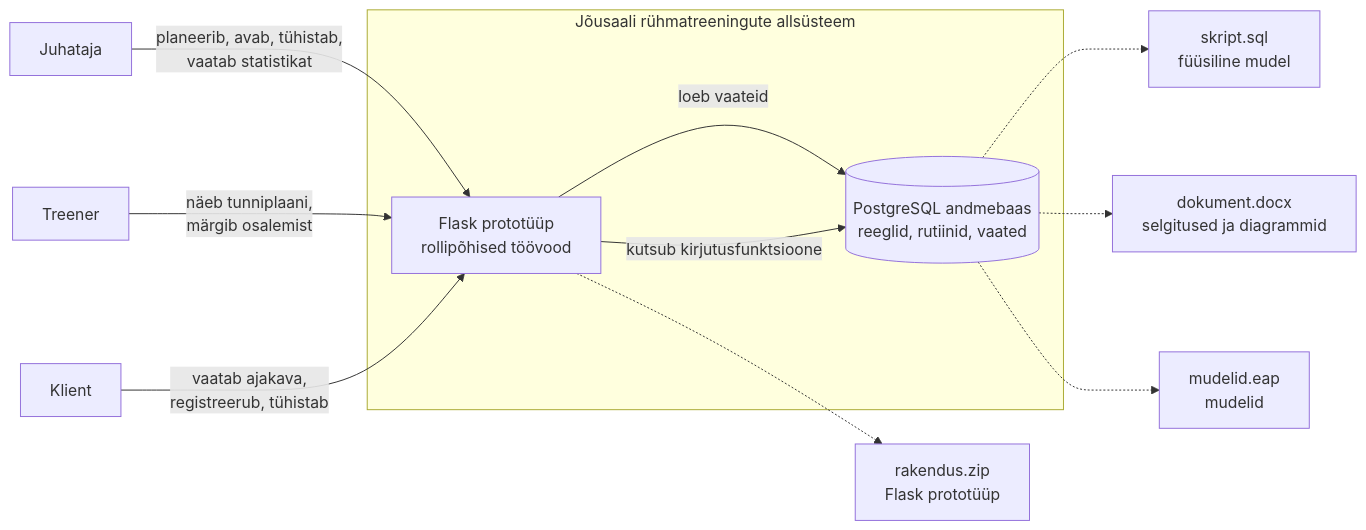
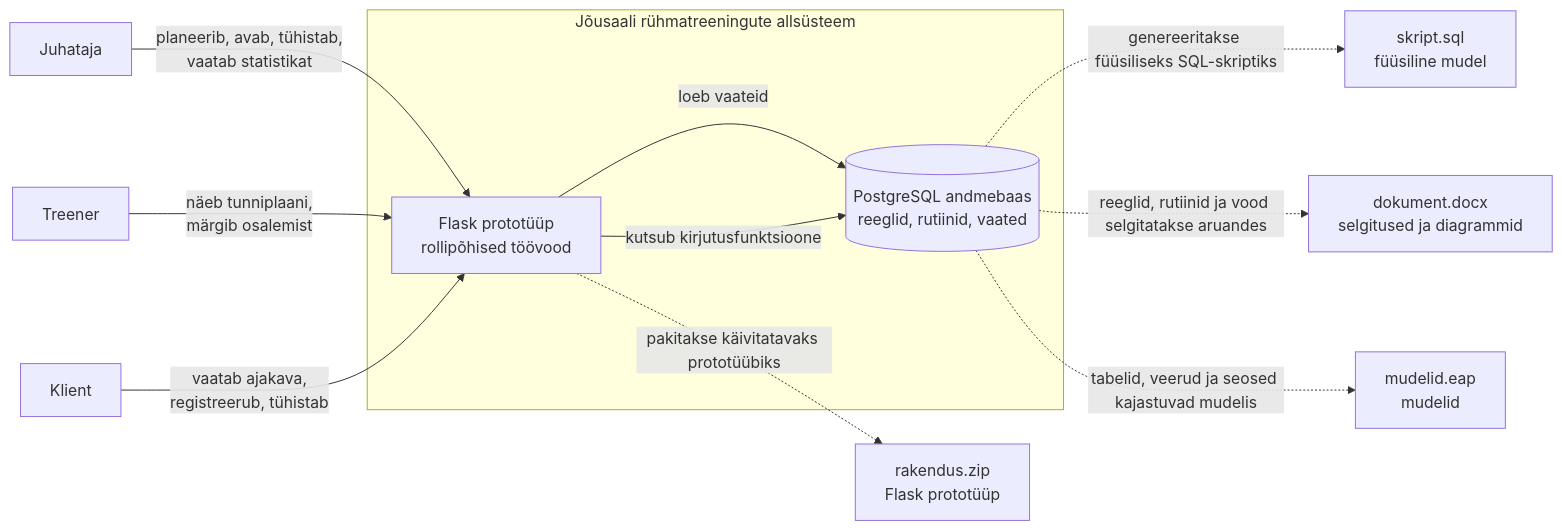
The diagram in diagrams/01_system_context.mmd (tamkivi/andmebaasid-projekt), drawn with Mermaid before and after one commit. The commit also changed 23 other files, not shown here.

```diff
--- a/diagrams/01_system_context.mmd
+++ b/diagrams/01_system_context.mmd
@@ -1,21 +1,21 @@
 flowchart LR
     subgraph "Jõusaali rühmatreeningute allsüsteem"
         APP["Flask prototüüp\nrollipõhised töövood"]
         DB[("PostgreSQL andmebaas\nreeglid, rutiinid, vaated")]
         APP -->|"loeb vaateid"| DB
         APP -->|"kutsub kirjutusfunktsioone"| DB
     end
 
     JUH["Juhataja"] -->|"planeerib, avab, tühistab,\nvaatab statistikat"| APP
     TRE["Treener"] -->|"näeb tunniplaani,\nmärgib osalemist"| APP
     KLI["Klient"] -->|"vaatab ajakava,\nregistreerub, tühistab"| APP
 
     DOC["dokument.docx\nselgitused ja diagrammid"]
     SQL["skript.sql\nfüüsiline mudel"]
     EAP["mudelid.eap\nmudelid"]
     ZIP["rakendus.zip\nFlask prototüüp"]
 
-    DB -.-> SQL
-    APP -.-> ZIP
-    DB -.-> DOC
-    DB -.-> EAP
+    DB -.->|"genereeritakse füüsiliseks SQL-skriptiks"| SQL
+    APP -.->|"pakitakse käivitatavaks prototüübiks"| ZIP
+    DB -.->|"reeglid, rutiinid ja vood selgitatakse aruandes"| DOC
+    DB -.->|"tabelid, veerud ja seosed kajastuvad mudelis"| EAP
```
